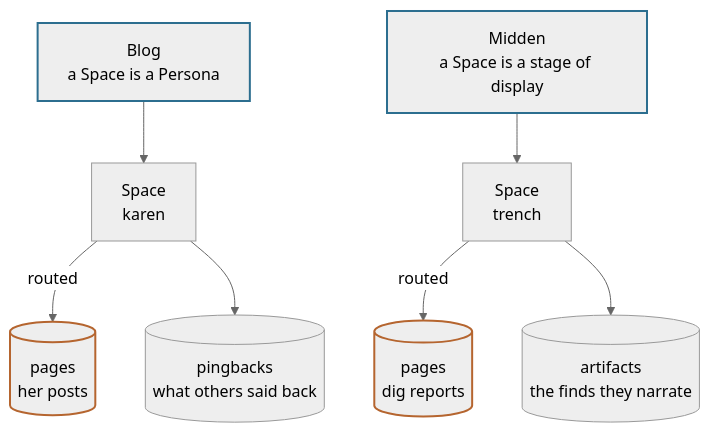
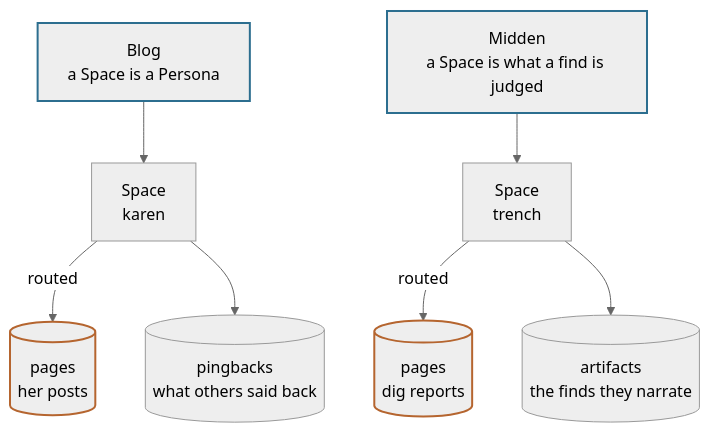
One commit to feffef/terrarium changed the first of 3 diagrams in layers/journal/content/current/pages/architecture.md. Above: the diagram before and after it, drawn with Mermaid (neutral theme). The commit also changed 4 other files, not shown here.

````diff
--- a/layers/journal/content/current/pages/architecture.md
+++ b/layers/journal/content/current/pages/architecture.md
@@ -54,15 +54,15 @@
 ```mermaid
 graph TB
   B["Blog<br/>a Space is a Persona"] --> BK["Space<br/>karen"]
   BK -->|routed| BKP[("pages<br/>her posts")]
   BK --> BKG[("pingbacks<br/>what others said back")]
 
-  M["Midden<br/>a Space is a stage of display"] --> MT["Space<br/>trench"]
+  M["Midden<br/>a Space is what a find is judged"] --> MT["Space<br/>trench"]
   MT -->|routed| MTP[("pages<br/>dig reports")]
   MT --> MTA[("artifacts<br/>the finds they narrate")]
 
   classDef build stroke:#2c6e8f,stroke-width:2px;
   classDef serve stroke:#b5652f,stroke-width:2px;
   class B,M build;
   class BKP,MTP serve;
 ```
````
